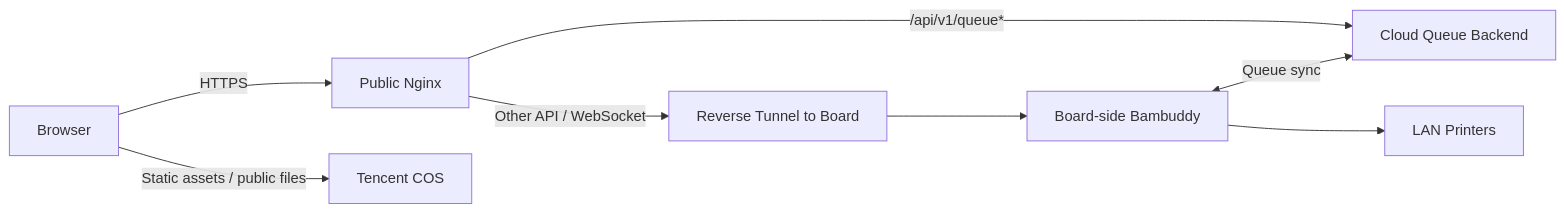
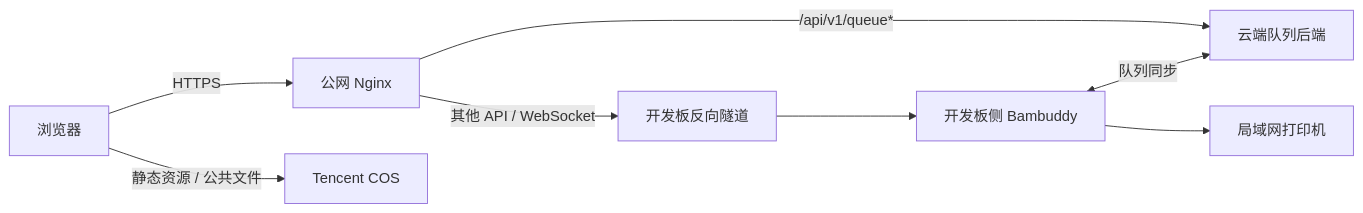
The diagram in README.md (hiwebsun0914/SYSU_ISE_3D_Print_Manger), drawn with Mermaid before and after one commit. The commit also changed other lines of this file and 1 other file, not shown here.

````diff
--- a/README.md
+++ b/README.md
@@ -71,10 +70,10 @@
 ```mermaid
 flowchart LR
-    U[Browser] -->|HTTPS| N[Public Nginx]
-    N -->|/api/v1/queue*| Q[Cloud Queue Backend]
-    N -->|Other API / WebSocket| T[Reverse Tunnel to Board]
-    T --> B[Board-side Bambuddy]
-    B --> P[LAN Printers]
-    B <-->|Queue sync| Q
-    U -->|Static assets / public files| C[Tencent COS]
+    U[浏览器] -->|HTTPS| N[公网 Nginx]
+    N -->|/api/v1/queue*| Q[云端队列后端]
+    N -->|其他 API / WebSocket| T[开发板反向隧道]
+    T --> B[开发板侧 Bambuddy]
+    B --> P[局域网打印机]
+    B <-->|队列同步| Q
+    U -->|静态资源 / 公共文件| C[Tencent COS]
 ```
````
